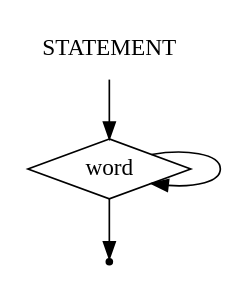
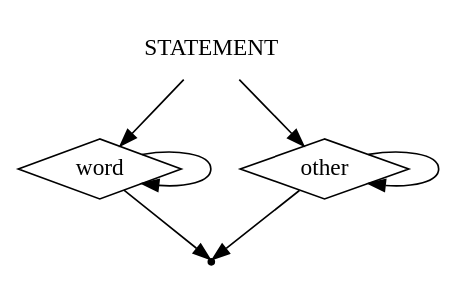
Before and after one commit to IMZolin/PSAD: the diagram in src/PSADParser/grammar/statement.gv, drawn with Graphviz. The commit also changed 2 other files, not shown here.

Commit message:
add 'other' terminal

```diff
--- a/src/PSADParser/grammar/statement.gv
+++ b/src/PSADParser/grammar/statement.gv
@@ -1,9 +1,13 @@
 digraph STATEMENT{
     start [label=STATEMENT shape=plaintext]
     word [label=word shape=diamond]
+    other [label=other shape=diamond]
     end [label="" shape=point]
 
     start -> word
+    start -> other
+    other -> other
+    other -> end
     word -> word
     word -> end
 }
```
